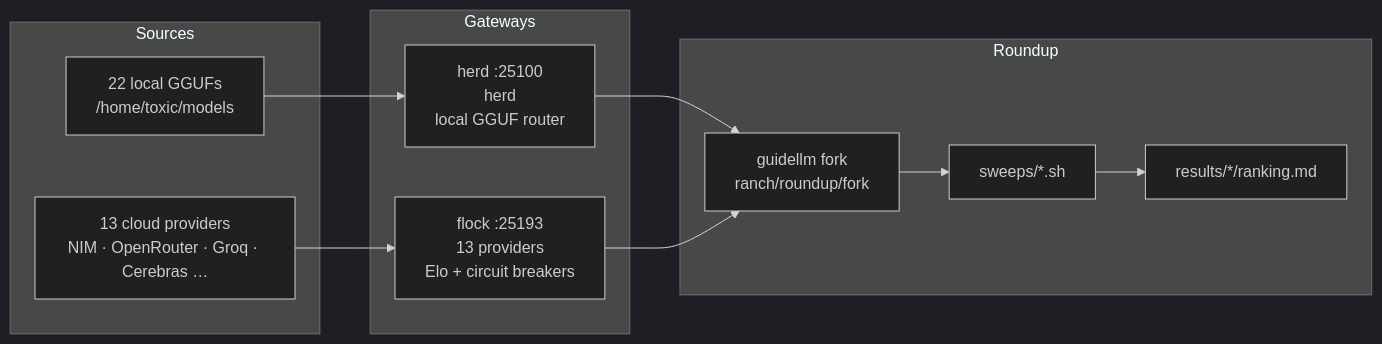
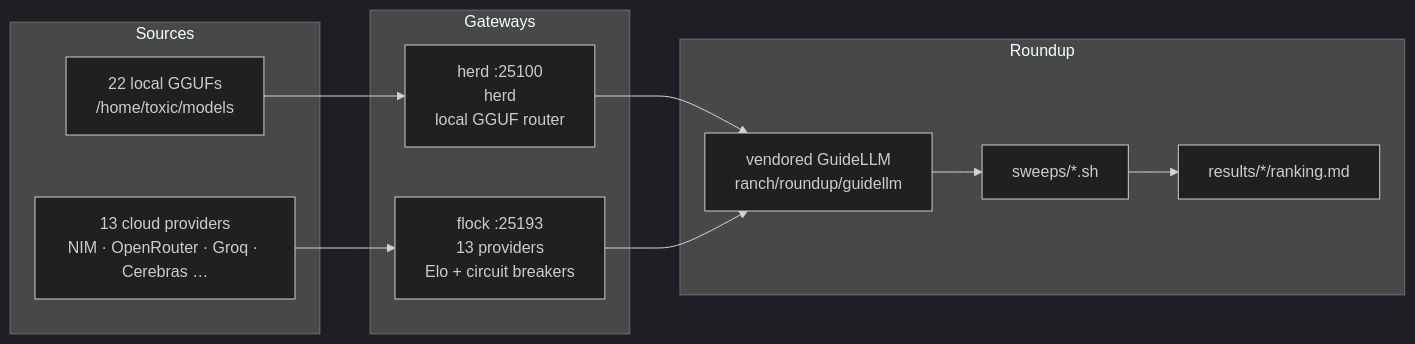
Before and after one commit to toxicwind/ranch: the diagram in roundup/README.md, drawn with Mermaid (dark theme). The commit also changed other lines of this file and 539 other files, not shown here.

Commit message:
roundup: rename fork/ to guidellm/ (full move, update refs)

````diff
--- a/roundup/README.md
+++ b/roundup/README.md
@@ -39,24 +39,24 @@
 ```mermaid
 flowchart LR
   subgraph Sources
     L["22 local GGUFs<br/>/home/toxic/models"]
     C["13 cloud providers<br/>NIM · OpenRouter · Groq · Cerebras …"]
   end
 
   subgraph Gateways
     H["herd :25100<br/>herd<br/>local GGUF router"]
     F["flock :25193<br/>13 providers<br/>Elo + circuit breakers"]
   end
 
   subgraph Roundup
-    G["guidellm fork<br/>ranch/roundup/fork"]
+    G["vendored GuideLLM<br/>ranch/roundup/guidellm"]
     S["sweeps/*.sh"]
     R["results/*/ranking.md"]
   end
 
   L --> H
   H --> G
   C --> F
   F --> G
   G --> S --> R
 ```
````
